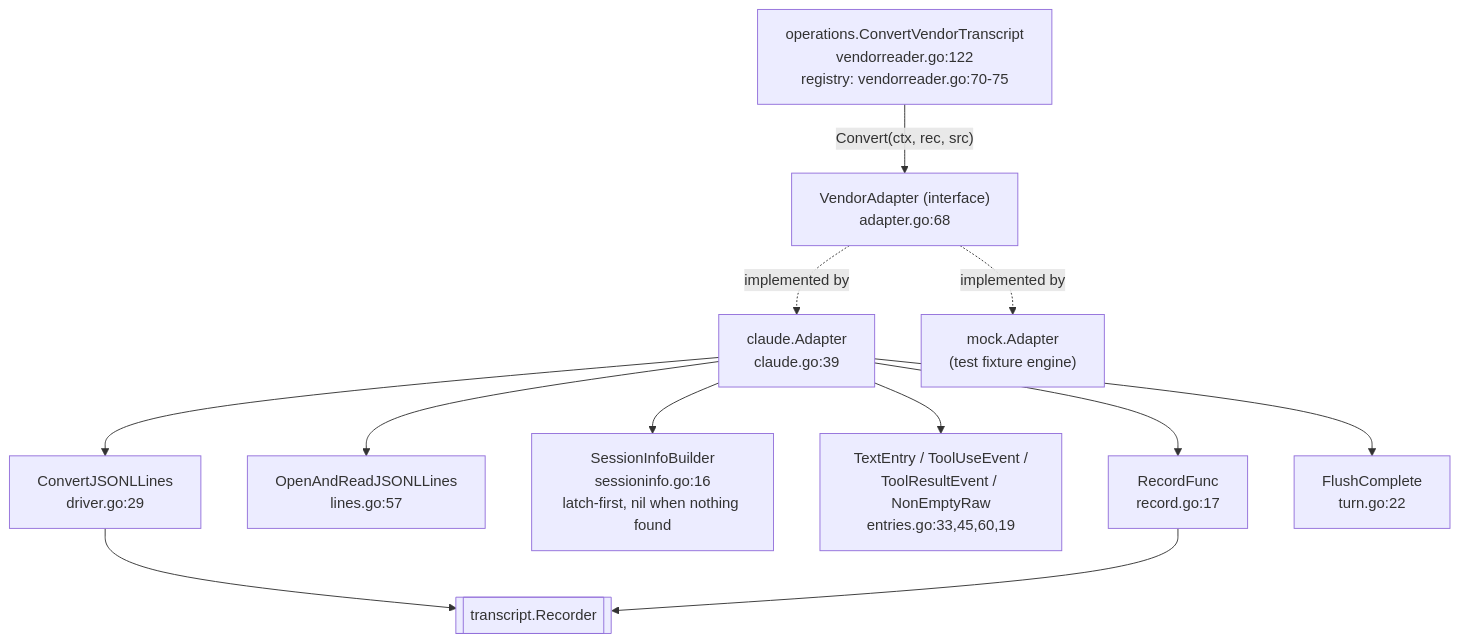
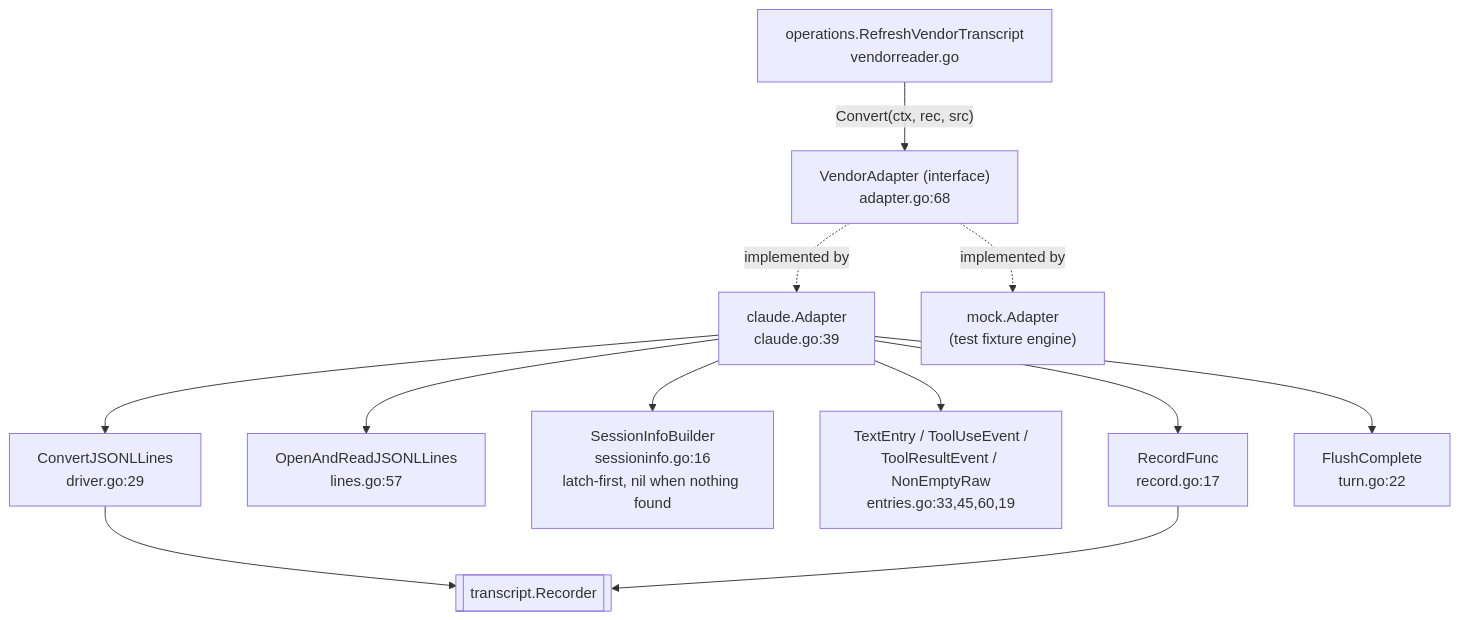
Before and after one commit to ctxloom/ctxloom: the second of 2 diagrams in docs/architecture/companions/transcript.md, drawn with Mermaid. The commit also changed other lines of this file and 8 other files, not shown here.

First line of the commit message:
docs: journeys and architecture docs describe recall and capture as they are now

````diff
--- a/docs/architecture/companions/transcript.md
+++ b/docs/architecture/companions/transcript.md
@@ -160,20 +160,20 @@
 ```mermaid
 flowchart TD
-    OPS["operations.ConvertVendorTranscript<br/>vendorreader.go:122<br/>registry: vendorreader.go:70-75"]
+    OPS["operations.RefreshVendorTranscript<br/>vendorreader.go"]
     OPS -->|"Convert(ctx, rec, src)"| IFACE["VendorAdapter (interface)<br/>adapter.go:68"]
 
     IFACE -.implemented by.-> CLAUDE["claude.Adapter<br/>claude.go:39"]
     IFACE -.implemented by.-> MOCK["mock.Adapter<br/>(test fixture engine)"]
 
     CLAUDE --> DRV["ConvertJSONLLines<br/>driver.go:29"]
 
     CLAUDE --> LINES["OpenAndReadJSONLLines<br/>lines.go:57"]
 
     CLAUDE --> SIB["SessionInfoBuilder<br/>sessioninfo.go:16<br/>latch-first, nil when nothing found"]
     CLAUDE --> ENT["TextEntry / ToolUseEvent /<br/>ToolResultEvent / NonEmptyRaw<br/>entries.go:33,45,60,19"]
     CLAUDE --> RF["RecordFunc<br/>record.go:17"]
     CLAUDE --> FC["FlushComplete<br/>turn.go:22"]
 
     DRV --> REC[["transcript.Recorder"]]
     RF --> REC
 ```
````
